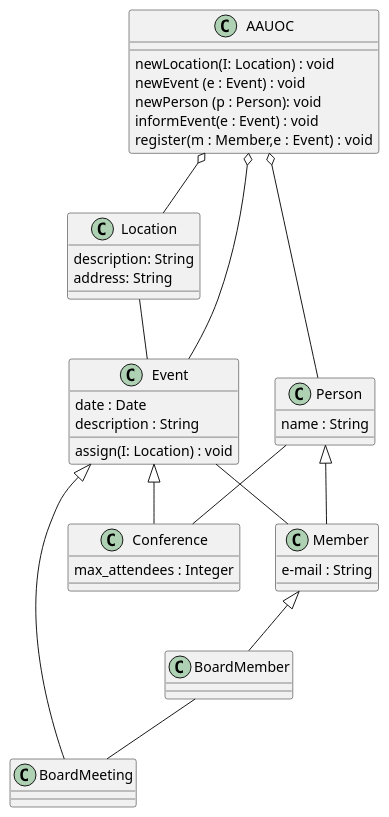
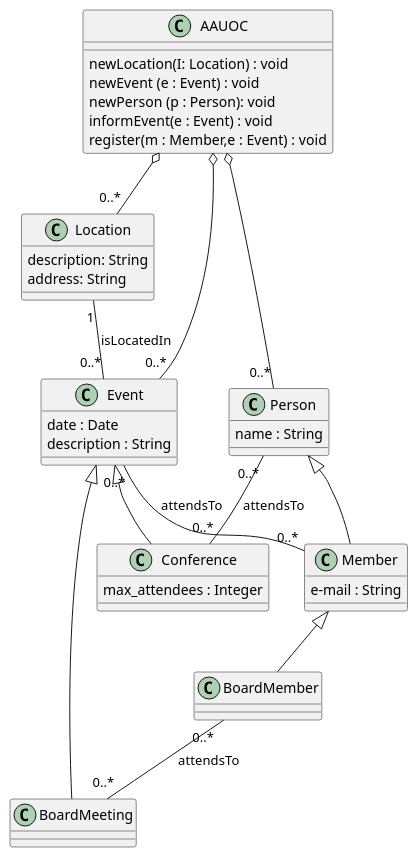
One commit to Dantesuito/UML-Clases-Daniel-Vital changed the diagram in src/Ejercicio.puml. Above: the diagram before and after it, drawn with PlantUML.

Commit message:
Inclusión de la cardinalidad y navegabilidad de las relaciones

```diff
--- a/src/Ejercicio.puml
+++ b/src/Ejercicio.puml
@@ -1,52 +1,49 @@
 @startuml
 
 class AAUOC{
 newLocation(I: Location) : void
 newEvent (e : Event) : void
 newPerson (p : Person): void
 informEvent(e : Event) : void
 register(m : Member,e : Event) : void
 }
 
 class Location{
 description: String
 address: String
 }
-AAUOC o-- Location
-
-
+AAUOC o-- "0..*" Location
 
 class Event{
 date : Date
 description : String
 
-assign(I: Location) : void
 }
-Location -- Event
-AAUOC o-- Event
+Location "1" -- "0..*" Event : isLocatedIn
+AAUOC o-- "0..*" Event
 
 class Person{
 name : String
 }
-AAUOC o-- Person
+AAUOC o-- "0..*" Person
 
 class Member{
 e-mail : String
 }
 Person <|-- Member
-Event -- Member
+Event "0..*" -- "0..*" Member : attendsTo
 
 class Conference{
 max_attendees : Integer
 }
 Event <|-- Conference
-Person -- Conference
+Person "0..*" -- "0..*" Conference : attendsTo
 
 class BoardMeeting
 Event <|-- BoardMeeting
 
 class BoardMember
-BoardMember -- BoardMeeting
+BoardMember "0..*" -- "0..*" BoardMeeting : attendsTo
 Member <|-- BoardMember
 
 @enduml
```
